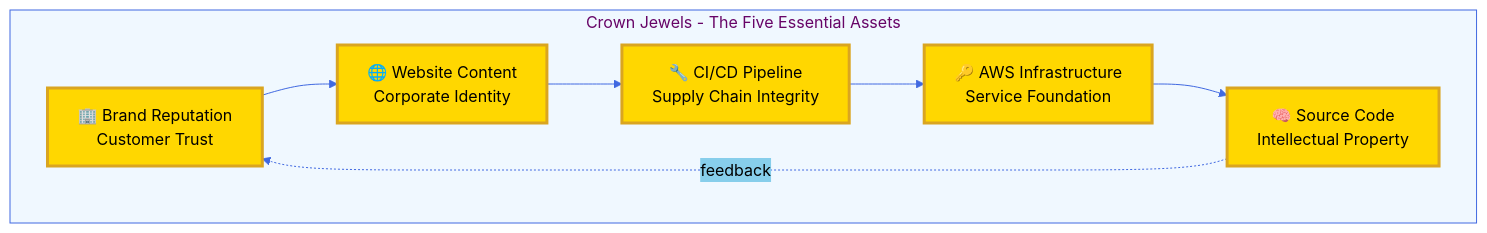
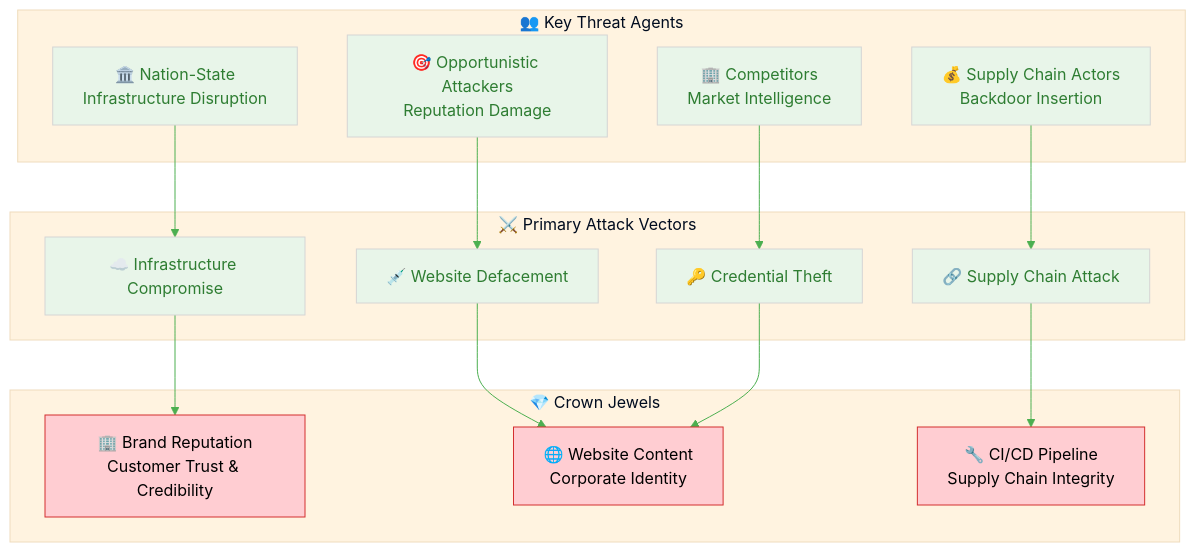
Before and after one commit to Hack23/homepage: the first of 7 diagrams in THREAT_MODEL.md, drawn with Mermaid. The commit also changed other lines of this file, not shown here.

Commit message:
Update THREAT_MODEL.md to match ISMS-PUBLIC style with enhanced sections

````diff
--- a/THREAT_MODEL.md
+++ b/THREAT_MODEL.md
@@ -100,34 +100,48 @@
 ```mermaid
 %%{
   init: {
     'theme': 'base',
     'themeVariables': {
-      'primaryColor': '#FFD700',
-      'primaryTextColor': '#000',
-      'primaryBorderColor': '#DAA520',
-      'lineColor': '#4169E1',
-      'secondaryColor': '#87CEEB',
-      'tertiaryColor': '#98FB98',
-      'clusterBkg': '#F0F8FF',
-      'clusterBorder': '#4169E1',
-      'fontSize': '16px'
+      'primaryColor': '#e8f5e9',
+      'primaryTextColor': '#2e7d32',
+      'lineColor': '#4caf50',
+      'secondaryColor': '#ffcdd2',
+      'tertiaryColor': '#fff3e0'
     }
   }
 }%%
-graph TB
-    subgraph "Crown Jewels - The Five Essential Assets"
-        CJ1[🏢 Brand Reputation<br/>Customer Trust]:::crown
-        CJ2[🌐 Website Content<br/>Corporate Identity]:::crown
-        CJ3[🔧 CI/CD Pipeline<br/>Supply Chain Integrity]:::crown
-        CJ4[🔑 AWS Infrastructure<br/>Service Foundation]:::crown
-        CJ5[🧠 Source Code<br/>Intellectual Property]:::crown
+flowchart TB
+    subgraph CROWN_JEWELS["💎 Crown Jewels"]
+        BRAND[🏢 Brand Reputation<br/>Customer Trust & Credibility]
+        CONTENT[🌐 Website Content<br/>Corporate Identity]
+        PIPELINE[🔧 CI/CD Pipeline<br/>Supply Chain Integrity]
     end
     
-    CJ1 --> CJ2
-    CJ2 --> CJ3
-    CJ3 --> CJ4
-    CJ4 --> CJ5
-    CJ5 -.->|feedback| CJ1
+    subgraph ATTACK_VECTORS["⚔️ Primary Attack Vectors"]
+        DEFACEMENT[💉 Website Defacement]
+        SUPPLY_CHAIN[🔗 Supply Chain Attack]
+        INFRASTRUCTURE[☁️ Infrastructure Compromise]
+        CREDENTIAL_THEFT[🔑 Credential Theft]
+    end
     
-    classDef crown fill:#FFD700,stroke:#DAA520,stroke-width:3px,color:#000
+    subgraph THREAT_AGENTS["👥 Key Threat Agents"]
+        OPPORTUNISTIC[🎯 Opportunistic Attackers<br/>Reputation Damage]
+        COMPETITORS[🏢 Competitors<br/>Market Intelligence]
+        NATION_STATE[🏛️ Nation-State<br/>Infrastructure Disruption]
+        SUPPLY_CHAIN_THREAT[💰 Supply Chain Actors<br/>Backdoor Insertion]
+    end
+    
+    DEFACEMENT --> CONTENT
+    SUPPLY_CHAIN --> PIPELINE
+    INFRASTRUCTURE --> BRAND
+    CREDENTIAL_THEFT --> CONTENT
+    
+    OPPORTUNISTIC --> DEFACEMENT
+    COMPETITORS --> CREDENTIAL_THEFT
+    NATION_STATE --> INFRASTRUCTURE
+    SUPPLY_CHAIN_THREAT --> SUPPLY_CHAIN
+    
+    style BRAND fill:#ffcdd2,stroke:#d32f2f,color:#000
+    style CONTENT fill:#ffcdd2,stroke:#d32f2f,color:#000
+    style PIPELINE fill:#ffcdd2,stroke:#d32f2f,color:#000
 ```
````
